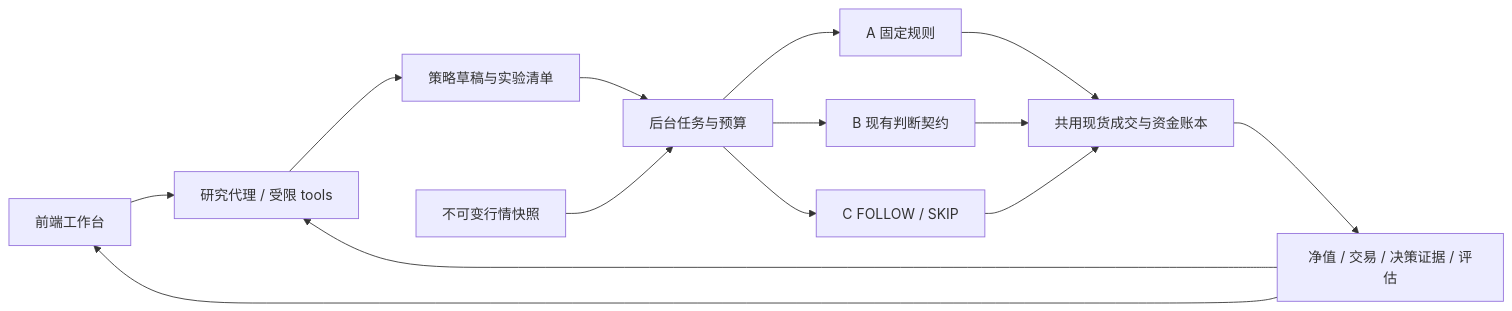
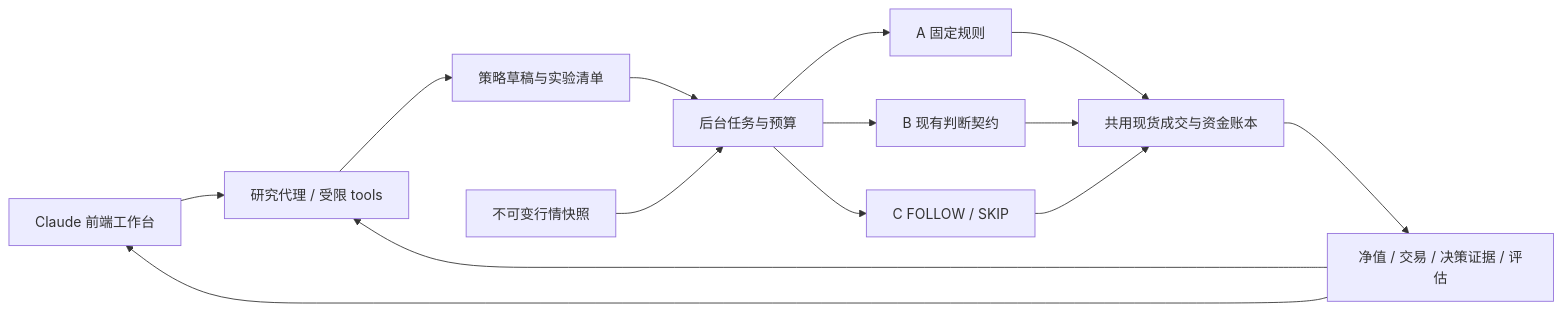
The diagram in docs/research/architecture-and-evaluation.md (67ss67s/trading-swarm-app), drawn with Mermaid before and after one commit. The commit also changed other lines of this file and 968 other files, not shown here.

````diff
--- a/docs/research/architecture-and-evaluation.md
+++ b/docs/research/architecture-and-evaluation.md
@@ -31,16 +31,16 @@
 ```mermaid
 flowchart LR
-  UI[前端工作台] --> R[研究代理 / 受限 tools]
+  UI[Claude 前端工作台] --> R[研究代理 / 受限 tools]
   R --> P[策略草稿与实验清单]
   P --> J[后台任务与预算]
   D[不可变行情快照] --> J
   J --> A[A 固定规则]
   J --> B[B 现有判断契约]
   J --> C[C FOLLOW / SKIP]
   A --> E[共用现货成交与资金账本]
   B --> E
   C --> E
   E --> V[净值 / 交易 / 决策证据 / 评估]
   V --> R
   V --> UI
 ```
````
